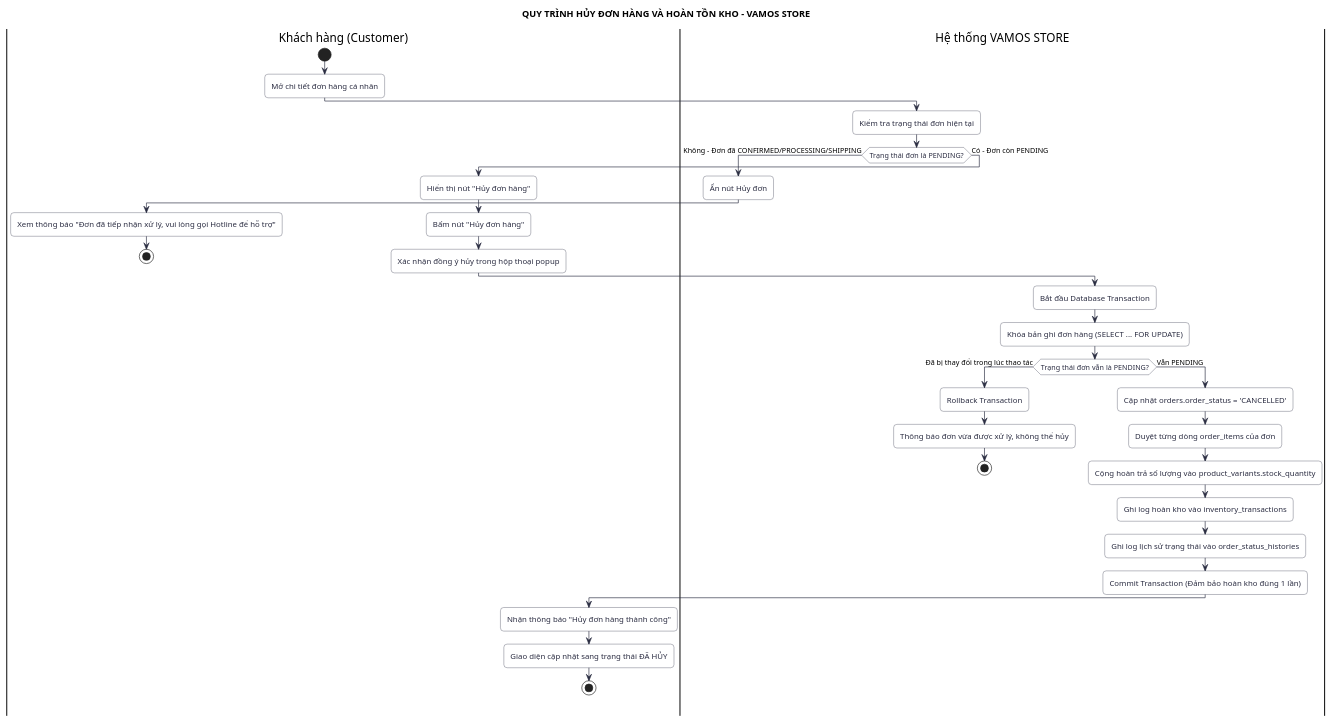
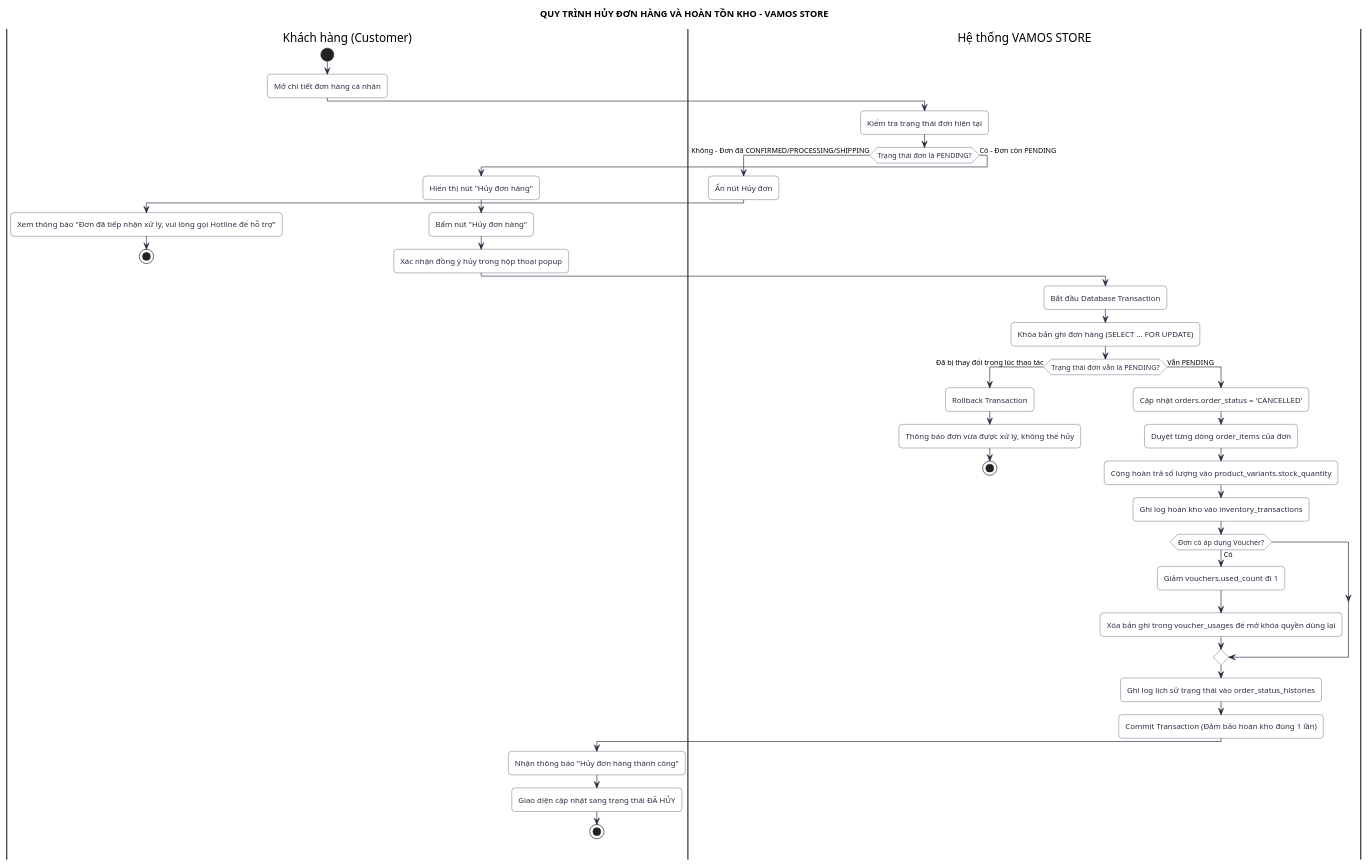
Before and after one commit to dungtttd01702-coder/vamos-store: the diagram in docs/diagrams/activity/ad-04-order-cancellation.puml, drawn with PlantUML. The commit also changed 50 other files, not shown here.

```diff
--- a/docs/diagrams/activity/ad-04-order-cancellation.puml
+++ b/docs/diagrams/activity/ad-04-order-cancellation.puml
@@ -1,47 +1,51 @@
 @startuml ad-04-order-cancellation
 title QUY TRÌNH HỦY ĐƠN HÀNG VÀ HOÀN TỒN KHO - VAMOS STORE
 skinparam backgroundColor #FFFFFF
 skinparam shadowing false
 skinparam roundcorner 10
 skinparam ActivityBackgroundColor #FFFFFF
 skinparam ActivityBorderColor #2B2D42
 skinparam ActivityFontColor #2B2D42
 skinparam ArrowColor #2B2D42
 
 |Khách hàng (Customer)|
 start
 :Mở chi tiết đơn hàng cá nhân;
 |Hệ thống VAMOS STORE|
 :Kiểm tra trạng thái đơn hiện tại;
 if (Trạng thái đơn là PENDING?) then (Không - Đơn đã CONFIRMED/PROCESSING/SHIPPING)
     :Ẩn nút Hủy đơn;
     |Khách hàng (Customer)|
     :Xem thông báo "Đơn đã tiếp nhận xử lý, vui lòng gọi Hotline để hỗ trợ";
     stop
 else (Có - Đơn còn PENDING)
     :Hiển thị nút "Hủy đơn hàng";
     |Khách hàng (Customer)|
     :Bấm nút "Hủy đơn hàng";
     :Xác nhận đồng ý hủy trong hộp thoại popup;
     
     |Hệ thống VAMOS STORE|
     :Bắt đầu Database Transaction;
     :Khóa bản ghi đơn hàng (SELECT ... FOR UPDATE);
     if (Trạng thái đơn vẫn là PENDING?) then (Đã bị thay đổi trong lúc thao tác)
         :Rollback Transaction;
         :Thông báo đơn vừa được xử lý, không thể hủy;
         stop
     else (Vẫn PENDING)
         :Cập nhật orders.order_status = 'CANCELLED';
         :Duyệt từng dòng order_items của đơn;
         :Cộng hoàn trả số lượng vào product_variants.stock_quantity;
         :Ghi log hoàn kho vào inventory_transactions;
+        if (Đơn có áp dụng Voucher?) then (Có)
+            :Giảm vouchers.used_count đi 1;
+            :Xóa bản ghi trong voucher_usages để mở khóa quyền dùng lại;
+        endif
         :Ghi log lịch sử trạng thái vào order_status_histories;
         :Commit Transaction (Đảm bảo hoàn kho đúng 1 lần);
         |Khách hàng (Customer)|
         :Nhận thông báo "Hủy đơn hàng thành công";
         :Giao diện cập nhật sang trạng thái ĐÃ HỦY;
         stop
     endif
 endif
 @enduml
```
